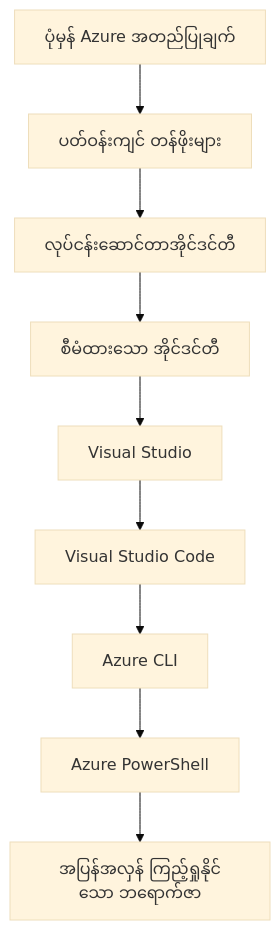
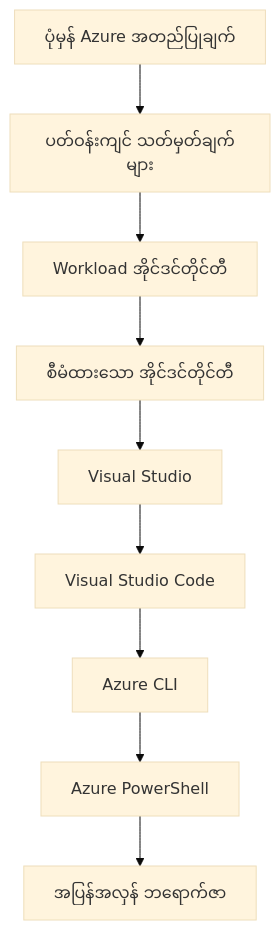
The second of 2 diagrams in translations/my/docs/chapter-01-foundation/azd-basics.md (microsoft/AZD-for-beginners), drawn with Mermaid (base theme) before and after one commit. The commit also changed other lines of this file and 104 other files, not shown here.

````diff
--- a/translations/my/docs/chapter-01-foundation/azd-basics.md
+++ b/translations/my/docs/chapter-01-foundation/azd-basics.md
@@ -591,11 +606,11 @@
 ```mermaid
 graph TD
-    A[ပုံမှန် Azure အတည်ပြုချက်] --> B[ပတ်ဝန်းကျင် တန်ဖိုးများ]
-    B --> C[လုပ်ငန်းဆောင်တာအိုင်ဒင်တီ]
-    C --> D[စီမံထားသော အိုင်ဒင်တီ]
+    A[ပုံမှန် Azure အတည်ပြုချက်] --> B[ပတ်ဝန်းကျင် သတ်မှတ်ချက်များ]
+    B --> C[Workload အိုင်ဒင်တိုင်တီ]
+    C --> D[စီမံထားသော အိုင်ဒင်တိုင်တီ]
     D --> E[Visual Studio]
     E --> F[Visual Studio Code]
     F --> G[Azure CLI]
     G --> H[Azure PowerShell]
-    H --> I[အပြန်အလှန် ကြည့်ရှုနိုင်သော ဘရောက်ဇာ]
+    H --> I[အပြန်အလှန် ဘရောက်ဇာ]
 ```
````
